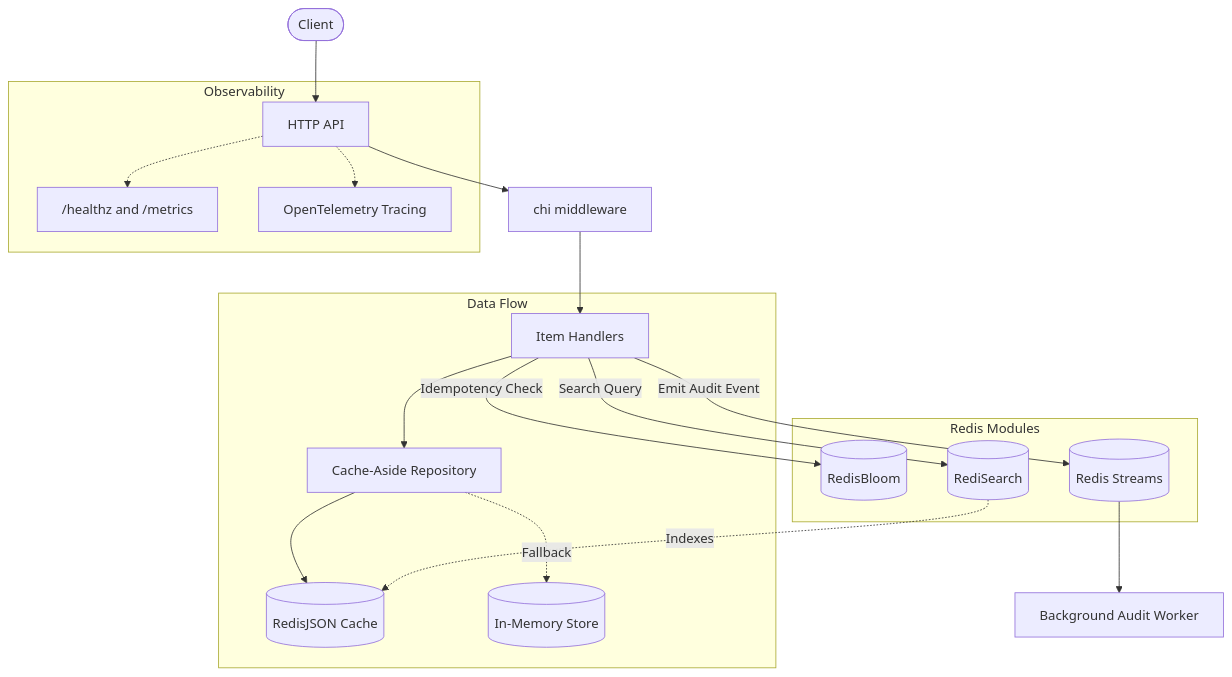
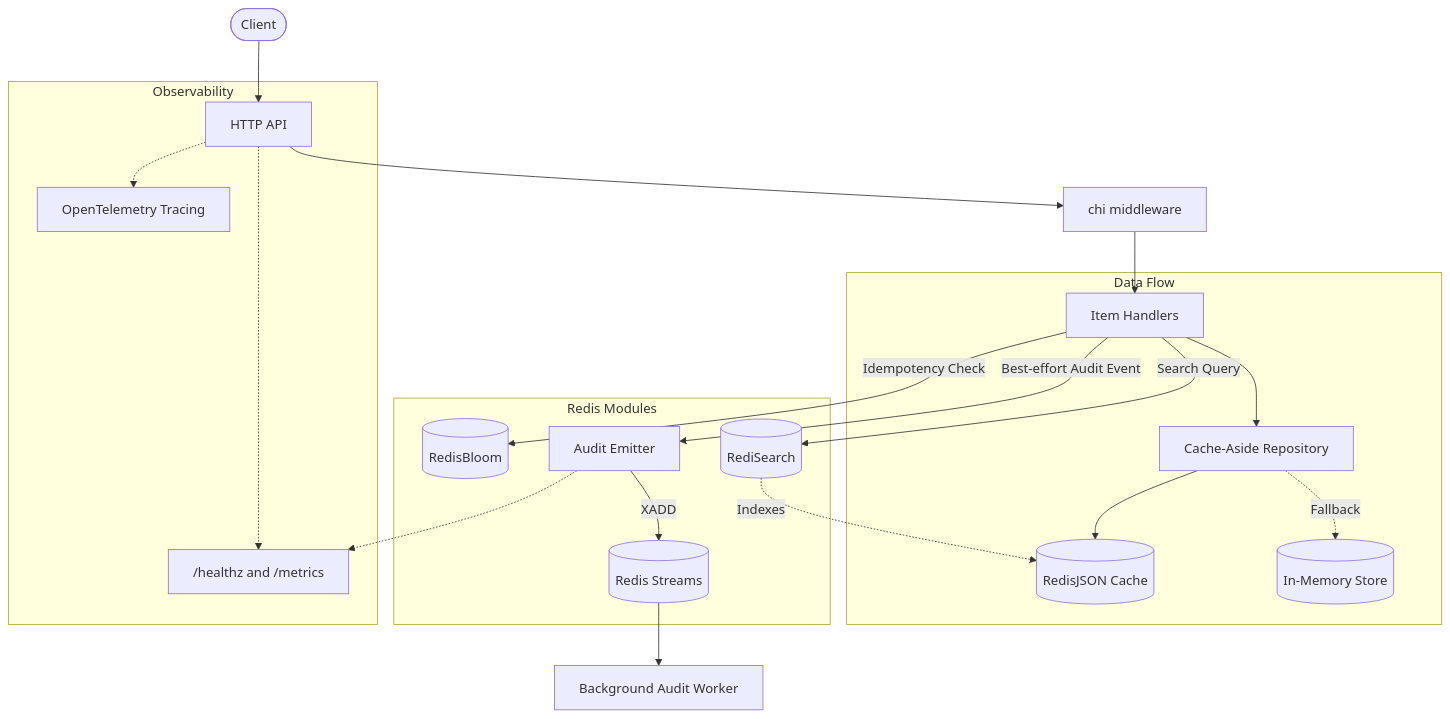
One commit to SShogun/RedisForge changed the diagram in README.md. Above: the diagram before and after it, drawn with Mermaid. The commit also changed other lines of this file and 11 other files, not shown here.

````diff
--- a/README.md
+++ b/README.md
@@ -39,26 +40,28 @@
 ```mermaid
 graph TD
     Client([Client]) --> API[HTTP API]
     API --> Middleware[chi middleware]
     Middleware --> Handlers[Item Handlers]
     
     subgraph Data Flow
         Handlers --> Repo[Cache-Aside Repository]
         Repo --> RedisJSON[(RedisJSON Cache)]
         Repo -. "Fallback" .-> InMem[(In-Memory Store)]
     end
     
     subgraph Redis Modules
         Handlers -- "Idempotency Check" --> RedisBloom[(RedisBloom)]
-        Handlers -- "Emit Audit Event" --> Streams[(Redis Streams)]
+        Handlers -- "Best-effort Audit Event" --> AuditEmitter[Audit Emitter]
+        AuditEmitter -- "XADD" --> Streams[(Redis Streams)]
         Handlers -- "Search Query" --> RediSearch[(RediSearch)]
         RediSearch -. "Indexes" .-> RedisJSON
     end
     
     Streams --> Worker[Background Audit Worker]
     
     subgraph Observability
-        API -.-> Metrics["/healthz and /metrics"]
+        AuditEmitter -.-> Metrics["/healthz and /metrics"]
+        API -.-> Metrics
         API -.-> OTel[OpenTelemetry Tracing]
     end
 ```
````
